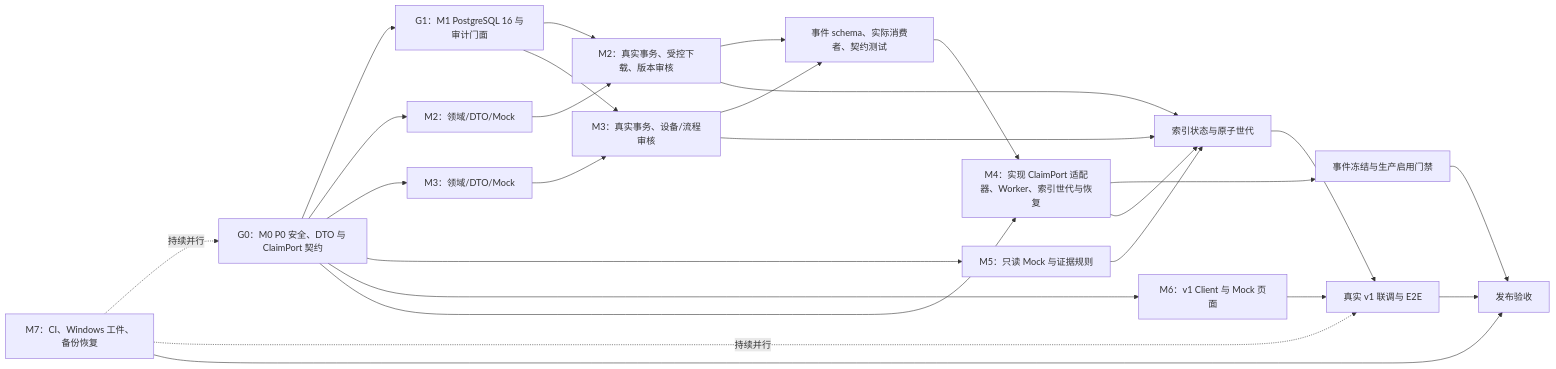
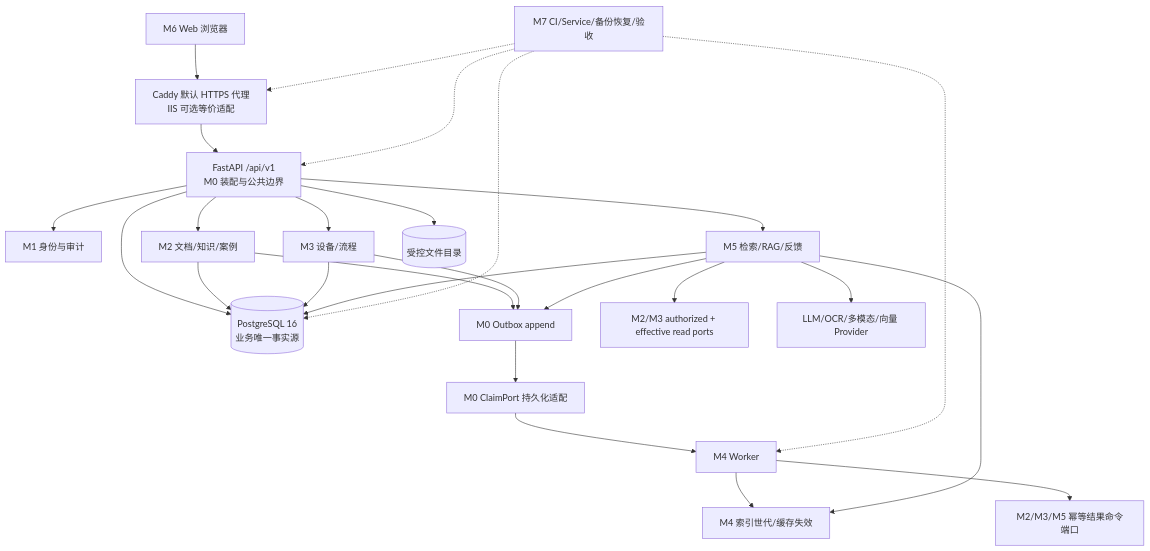
The first of 2 diagrams in docs/design/follow-up-development-plan.md (ShaneGIT666/Software-Cup-2026), drawn with Mermaid before and after one commit. The commit also changed other lines of this file and 18 other files, not shown here.

````diff
--- a/docs/design/follow-up-development-plan.md
+++ b/docs/design/follow-up-development-plan.md
@@ -37,28 +82,28 @@
 ```mermaid
-flowchart LR
-    G0["G0：M0 P0 安全、DTO 与 ClaimPort 契约"] --> G1["G1：M1 PostgreSQL 16 与审计门面"]
-    G0 --> M2Mock["M2：领域/DTO/Mock"]
-    G0 --> M3Mock["M3：领域/DTO/Mock"]
-    G0 --> M5Mock["M5：只读 Mock 与证据规则"]
-    G0 --> M6Mock["M6：v1 Client 与 Mock 页面"]
-    G1 --> M2["M2：真实事务、受控下载、版本审核"]
-    G1 --> M3["M3：真实事务、设备/流程审核"]
-    M2Mock --> M2
-    M3Mock --> M3
-    G0 --> M4["M4：实现 ClaimPort 适配器、Worker、索引世代与恢复"]
-    M2 --> Events["事件 schema、实际消费者、契约测试"]
-    M3 --> Events
-    Events --> M4
-    M4 --> Enabled["事件冻结与生产启用门禁"]
-    M2 --> M5["effective-only read ports"]
-    M3 --> M5["effective-only read ports"]
-    M4 --> M5["索引状态与原子世代"]
-    M5Mock --> M5
-    M5 --> M6["真实 v1 联调与 E2E"]
-    M6Mock --> M6
-    M7["M7：CI、Windows 工件、备份恢复"] -.->|持续并行| G0
-    M7 -.->|持续并行| M6
-    M6 --> Release["发布验收"]
-    Enabled --> Release
-    M7 --> Release
+flowchart TB
+    Browser["M6 Web 浏览器"] --> Proxy["Caddy 默认 HTTPS 代理\nIIS 可选等价适配"]
+    Proxy --> API["FastAPI /api/v1\nM0 装配与公共边界"]
+    API --> M1["M1 身份与审计"]
+    API --> M2["M2 文档/知识/案例"]
+    API --> M3["M3 设备/流程"]
+    API --> M5["M5 检索/RAG/反馈"]
+    API --> PG[("PostgreSQL 16\n业务唯一事实源")]
+    API --> Files[("受控文件目录")]
+    M2 --> PG
+    M3 --> PG
+    M5 --> PG
+    M2 --> Outbox["M0 Outbox append"]
+    M3 --> Outbox
+    M5 --> Outbox
+    Outbox --> Claim["M0 ClaimPort 持久化适配"]
+    Claim --> Worker["M4 Worker"]
+    Worker --> Index["M4 索引世代/缓存失效"]
+    Worker --> M2Commands["M2/M3/M5 幂等结果命令端口"]
+    M5 --> ReadPorts["M2/M3 authorized + effective read ports"]
+    M5 --> Index
+    M5 --> Providers["LLM/OCR/多模态/向量 Provider"]
+    M7["M7 CI/Service/备份恢复/验收"] -.-> Proxy
+    M7 -.-> API
+    M7 -.-> Worker
+    M7 -.-> PG
 ```
````
